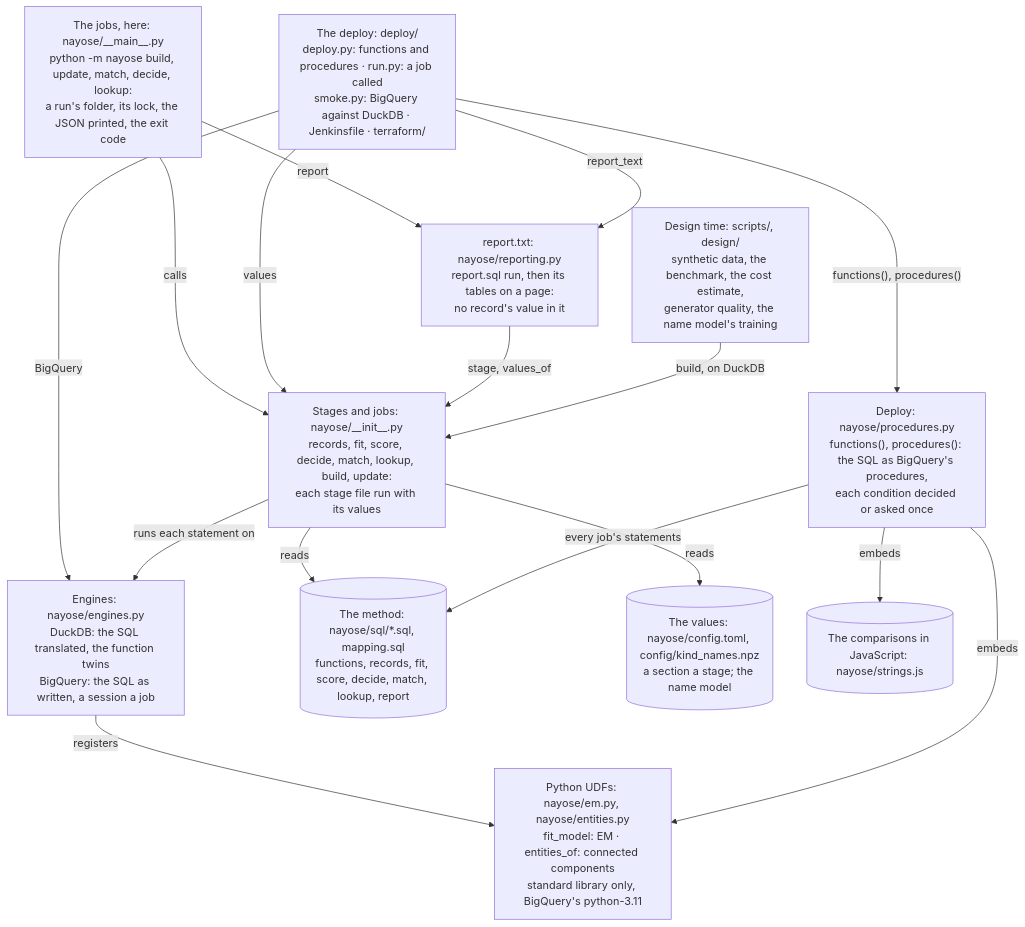
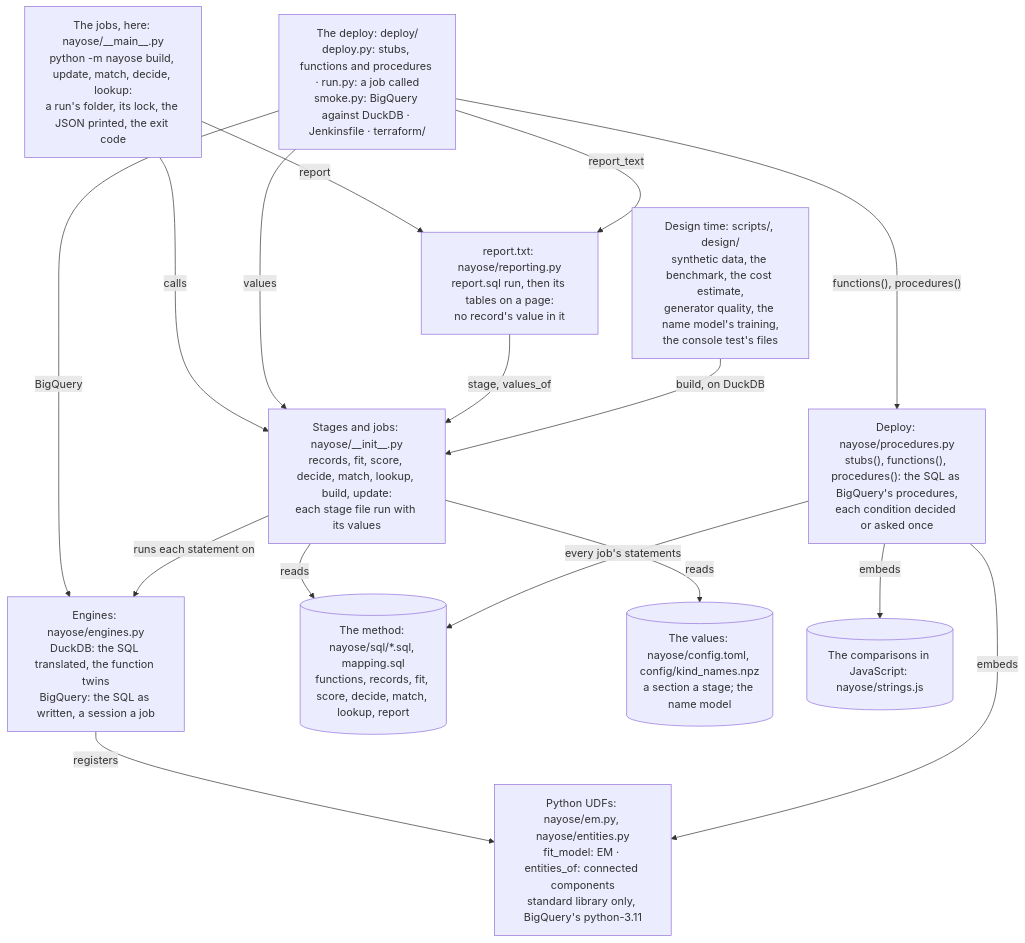
One commit to mvsbm/entity_matching changed the second of 3 diagrams in docs/architecture.md. Above: the diagram before and after it, drawn with Mermaid. The commit also changed other lines of this file and 19 other files, not shown here.

````diff
--- a/docs/architecture.md
+++ b/docs/architecture.md
@@ -72,29 +74,29 @@
 ```mermaid
 flowchart TB
   cli["The jobs, here: nayose/__main__.py<br/>python -m nayose build, update, match, decide, lookup:<br/>a run's folder, its lock, the JSON printed, the exit code"]
-  deploy["The deploy: deploy/<br/>deploy.py: functions and procedures · run.py: a job called<br/>smoke.py: BigQuery against DuckDB · Jenkinsfile · terraform/"]
-  tools["Design time: scripts/, design/<br/>synthetic data, the benchmark, the cost estimate,<br/>generator quality, the name model's training"]
+  deploy["The deploy: deploy/<br/>deploy.py: stubs, functions and procedures · run.py: a job called<br/>smoke.py: BigQuery against DuckDB · Jenkinsfile · terraform/"]
+  tools["Design time: scripts/, design/<br/>synthetic data, the benchmark, the cost estimate,<br/>generator quality, the name model's training,<br/>the console test's files"]
   stages["Stages and jobs: nayose/__init__.py<br/>records, fit, score, decide, match, lookup, build, update:<br/>each stage file run with its values"]
   reporting["report.txt: nayose/reporting.py<br/>report.sql run, then its tables on a page:<br/>no record's value in it"]
   engines["Engines: nayose/engines.py<br/>DuckDB: the SQL translated, the function twins<br/>BigQuery: the SQL as written, a session a job"]
-  procedures["Deploy: nayose/procedures.py<br/>functions(), procedures(): the SQL as BigQuery's procedures,<br/>each condition decided or asked once"]
+  procedures["Deploy: nayose/procedures.py<br/>stubs(), functions(), procedures(): the SQL as BigQuery's procedures,<br/>each condition decided or asked once"]
   udfs["Python UDFs: nayose/em.py, nayose/entities.py<br/>fit_model: EM · entities_of: connected components<br/>standard library only, BigQuery's python-3.11"]
   sql[("The method: nayose/sql/*.sql, mapping.sql<br/>functions, records, fit, score, decide, match, lookup, report")]
   values[("The values: nayose/config.toml, config/kind_names.npz<br/>a section a stage; the name model")]
   js[("The comparisons in JavaScript: nayose/strings.js")]
   cli -->|"calls"| stages
   cli -->|"report"| reporting
   deploy -->|"BigQuery"| engines
   deploy -->|"functions(), procedures()"| procedures
   deploy -->|"values"| stages
   deploy -->|"report_text"| reporting
   reporting -->|"stage, values_of"| stages
   tools -->|"build, on DuckDB"| stages
   stages -->|"reads"| sql
   stages -->|"reads"| values
   stages -->|"runs each statement on"| engines
   engines -->|"registers"| udfs
   procedures -->|"embeds"| udfs
   procedures -->|"embeds"| js
   procedures -->|"every job's statements"| sql
 ```
````
